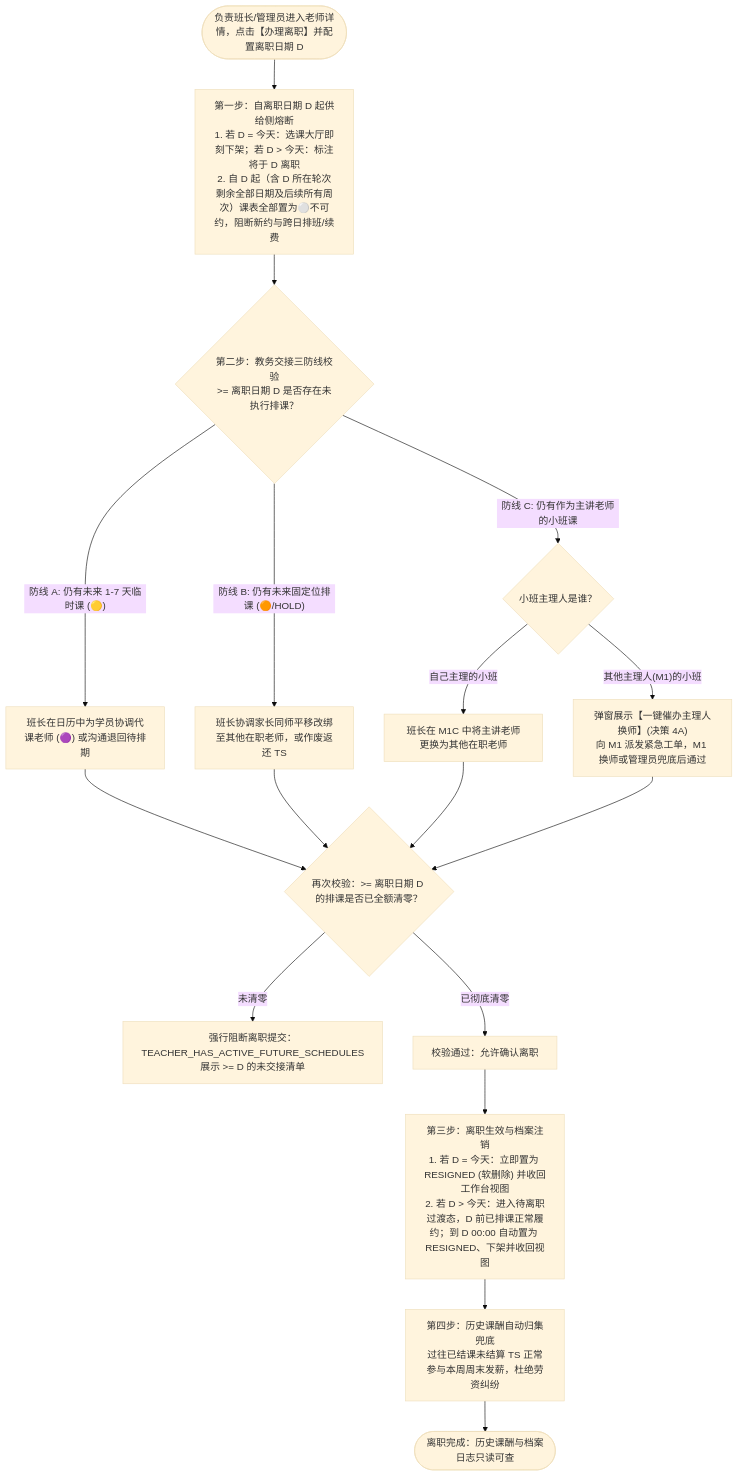
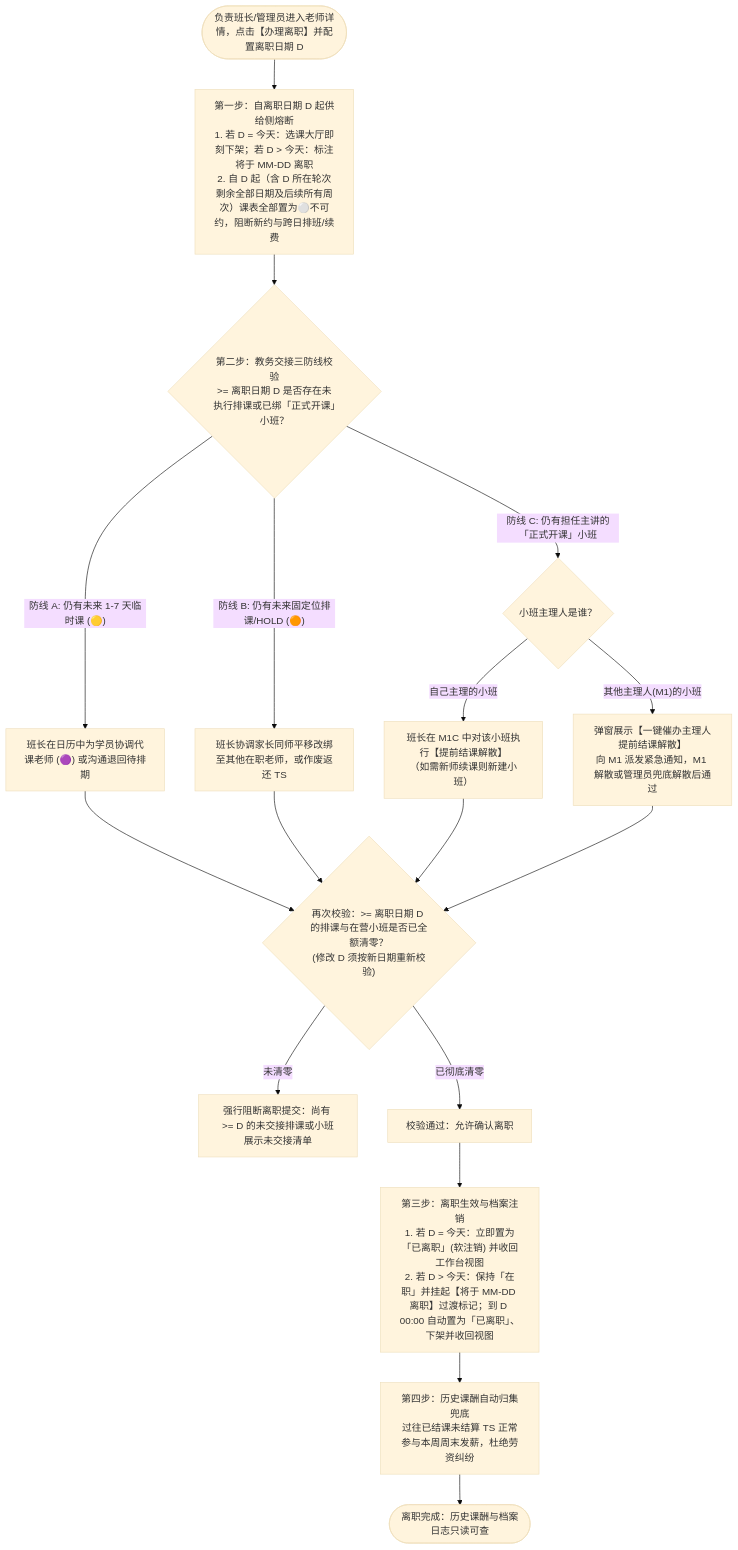
One commit to Onezao/dream changed the fifth of 8 diagrams in docs/prd/m1b_teacher_profile.md. Above: the diagram before and after it, drawn with Mermaid (base theme). The commit also changed other lines of this file and 38 other files, not shown here.

````diff
--- a/docs/prd/m1b_teacher_profile.md
+++ b/docs/prd/m1b_teacher_profile.md
@@ -149,20 +176,20 @@
 ```mermaid
 flowchart TD
-    Start(["负责班长/管理员进入老师详情，点击【办理离职】并配置离职日期 D"]) --> DisallowNew["第一步：自离职日期 D 起供给侧熔断\n1. 若 D = 今天：选课大厅即刻下架；若 D > 今天：标注将于 D 离职\n2. 自 D 起（含 D 所在轮次剩余全部日期及后续所有周次）课表全部置为⚪不可约，阻断新约与跨日排班/续费"]
+    Start(["负责班长/管理员进入老师详情，点击【办理离职】并配置离职日期 D"]) --> DisallowNew["第一步：自离职日期 D 起供给侧熔断\n1. 若 D = 今天：选课大厅即刻下架；若 D > 今天：标注将于 MM-DD 离职\n2. 自 D 起（含 D 所在轮次剩余全部日期及后续所有周次）课表全部置为⚪不可约，阻断新约与跨日排班/续费"]
     
-    DisallowNew --> CheckSchedules{"第二步：教务交接三防线校验\n>= 离职日期 D 是否存在未执行排课？"}
+    DisallowNew --> CheckSchedules{"第二步：教务交接三防线校验\n>= 离职日期 D 是否存在未执行排课或已绑「正式开课」小班？"}
     
     CheckSchedules -->|"防线 A: 仍有未来 1-7 天临时课 (🟡)"| ResolveA["班长在日历中为学员协调代课老师 (🟣) 或沟通退回待排期"]
-    CheckSchedules -->|"防线 B: 仍有未来固定位排课 (🟠/HOLD)"| ResolveB["班长协调家长同师平移改绑至其他在职老师，或作废返还 TS"]
-    CheckSchedules -->|"防线 C: 仍有作为主讲老师的小班课"| CheckOwner{"小班主理人是谁？"}
-    CheckOwner -->|"自己主理的小班"| SelfChange["班长在 M1C 中将主讲老师更换为其他在职老师"]
-    CheckOwner -->|"其他主理人(M1)的小班"| CollabChange["弹窗展示【一键催办主理人换师】(决策 4A)\n向 M1 派发紧急工单，M1 换师或管理员兜底后通过"]
+    CheckSchedules -->|"防线 B: 仍有未来固定位排课/HOLD (🟠)"| ResolveB["班长协调家长同师平移改绑至其他在职老师，或作废返还 TS"]
+    CheckSchedules -->|"防线 C: 仍有担任主讲的「正式开课」小班"| CheckOwner{"小班主理人是谁？"}
+    CheckOwner -->|"自己主理的小班"| SelfChange["班长在 M1C 中对该小班执行【提前结课解散】\n（如需新师续课则新建小班）"]
+    CheckOwner -->|"其他主理人(M1)的小班"| CollabChange["弹窗展示【一键催办主理人提前结课解散】\n向 M1 派发紧急通知，M1 解散或管理员兜底解散后通过"]
     
-    ResolveA & ResolveB & SelfChange & CollabChange --> Recheck{"再次校验：>= 离职日期 D 的排课是否已全额清零？"}
-    Recheck -->|"未清零"| BlockSubmit["强行阻断离职提交：TEACHER_HAS_ACTIVE_FUTURE_SCHEDULES\n展示 >= D 的未交接清单"]
+    ResolveA & ResolveB & SelfChange & CollabChange --> Recheck{"再次校验：>= 离职日期 D 的排课与在营小班是否已全额清零？\n(修改 D 须按新日期重新校验)"}
+    Recheck -->|"未清零"| BlockSubmit["强行阻断离职提交：尚有 >= D 的未交接排课或小班\n展示未交接清单"]
     Recheck -->|"已彻底清零"| PassInspection["校验通过：允许确认离职"]
     
-    PassInspection --> ExecDismiss["第三步：离职生效与档案注销\n1. 若 D = 今天：立即置为 RESIGNED (软删除) 并收回工作台视图\n2. 若 D > 今天：进入待离职过渡态，D 前已排课正常履约；到 D 00:00 自动置为 RESIGNED、下架并收回视图"]
+    PassInspection --> ExecDismiss["第三步：离职生效与档案注销\n1. 若 D = 今天：立即置为「已离职」(软注销) 并收回工作台视图\n2. 若 D > 今天：保持「在职」并挂起【将于 MM-DD 离职】过渡标记；到 D 00:00 自动置为「已离职」、下架并收回视图"]
     ExecDismiss --> SettlePayroll["第四步：历史课酬自动归集兜底\n过往已结课未结算 TS 正常参与本周周末发薪，杜绝劳资纠纷"]
     SettlePayroll --> Done(["离职完成：历史课酬与档案日志只读可查"])
 ```
````
